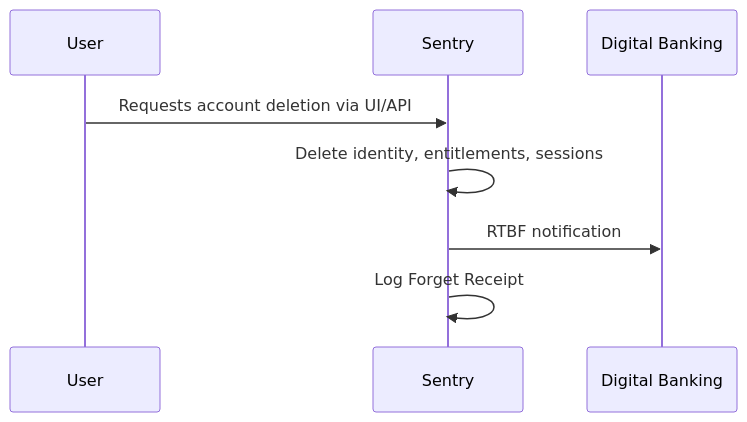
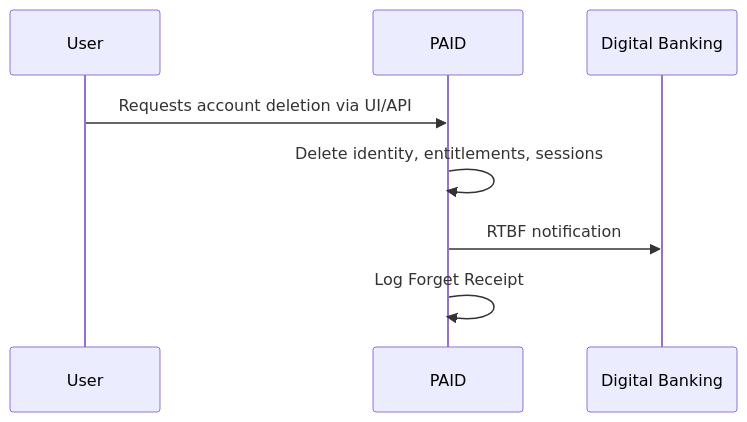
The fourth of 5 diagrams in Design/designs/userRemoval.md (ahmedHanie93/Personal-projects), drawn with Mermaid before and after one commit. The commit also changed other lines of this file and 4 other files, not shown here.

````diff
--- a/Design/designs/userRemoval.md
+++ b/Design/designs/userRemoval.md
@@ -125,11 +125,11 @@
 ```mermaid
 sequenceDiagram
     participant User
-    participant Sentry
+    participant PAID
     participant Digital Banking
 
-    User->>Sentry: Requests account deletion via UI/API
-    Sentry->>Sentry: Delete identity, entitlements, sessions
-    Sentry->>Digital Banking: RTBF notification
-    Sentry->>Sentry: Log Forget Receipt
+    User->>PAID: Requests account deletion via UI/API
+    PAID->>PAID: Delete identity, entitlements, sessions
+    PAID->>Digital Banking: RTBF notification
+    PAID->>PAID: Log Forget Receipt
 ```
````
